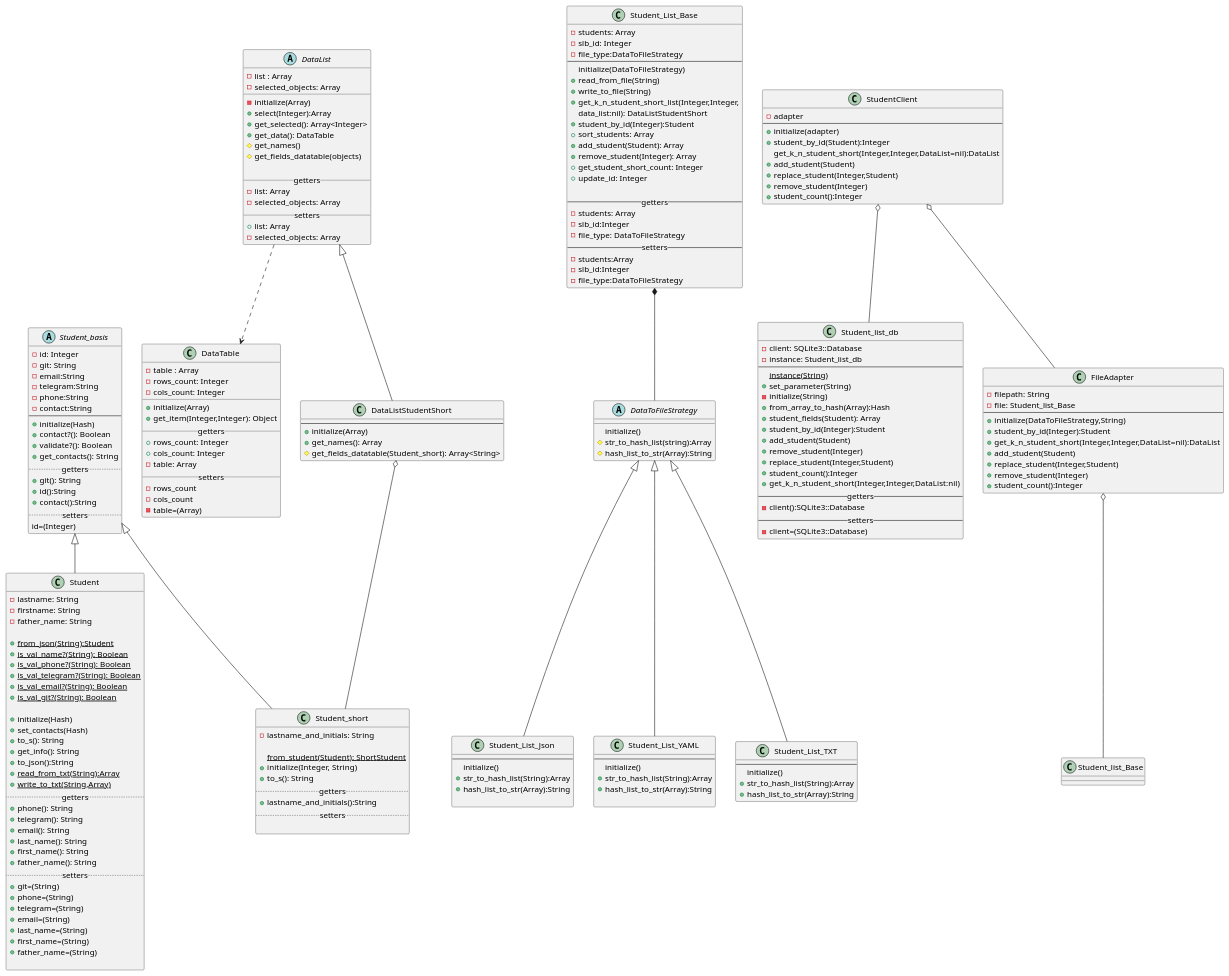
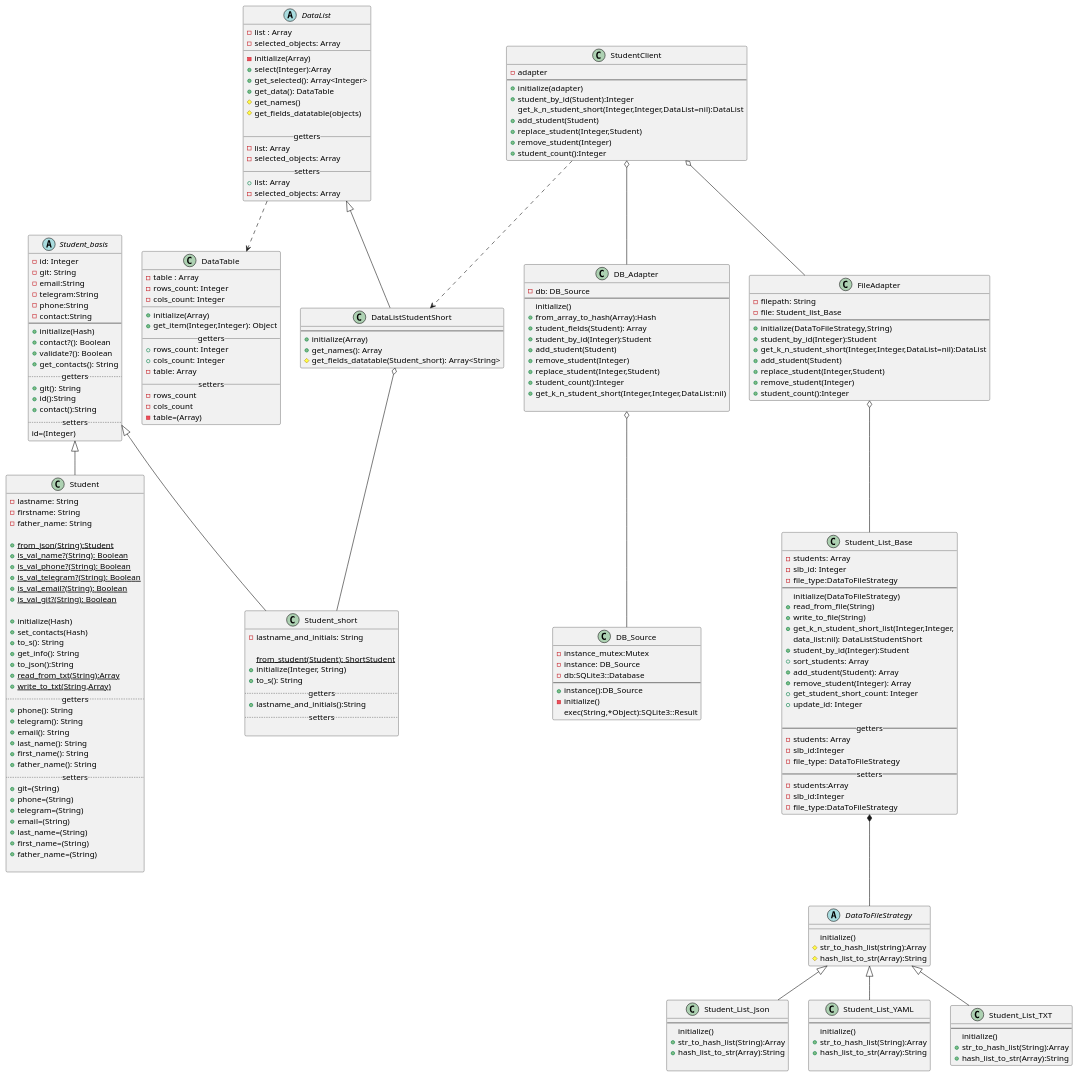
Before and after one commit to ColdEiler/pattern: the diagram in lab2/diagrams/student_diagrams.puml, drawn with PlantUML. The commit also changed 1 other file, not shown here.

Commit message:
диаграмма

```diff
--- a/lab2/diagrams/student_diagrams.puml
+++ b/lab2/diagrams/student_diagrams.puml
@@ -172,13 +172,10 @@
 }
 Student_List_Base *-- DataToFileStrategy
 
-class Student_list_db{
-    -client: SQLite3::Database
-    -instance: Student_list_db
+class DB_Adapter{
+    -db: DB_Source
     --
-    {static}instance(String)
-    +set_parameter(String)
-    -initialize(String)
+    initialize()
     +from_array_to_hash(Array):Hash
     +student_fields(Student): Array
     +student_by_id(Integer):Student
@@ -187,10 +184,17 @@
     +replace_student(Integer,Student)
     +student_count():Integer
     +get_k_n_student_short(Integer,Integer,DataList:nil)
-    --getters--
-    -client():SQLite3::Database
-    --setters--
-    -client=(SQLite3::Database)    
+        
+}
+
+class DB_Source{
+    -instance_mutex:Mutex
+    -instance: DB_Source
+    -db:SQLite3::Database
+    --
+    +instance():DB_Source 
+    -initialize()
+    exec(String,*Object):SQLite3::Result
 }
 
 class FileAdapter{
@@ -205,7 +209,7 @@
     +remove_student(Integer)
     +student_count():Integer
 }
-FileAdapter o-- Student_list_Base
+FileAdapter o-- Student_List_Base
 
 class StudentClient{
     -adapter
@@ -219,6 +223,10 @@
     +student_count():Integer
 }
 StudentClient o-- FileAdapter
-StudentClient o-- Student_list_db
+StudentClient o-- DB_Adapter
+DB_Adapter o-- DB_Source
+StudentClient ..> DataListStudentShort
+
+
 
 @enduml
```
